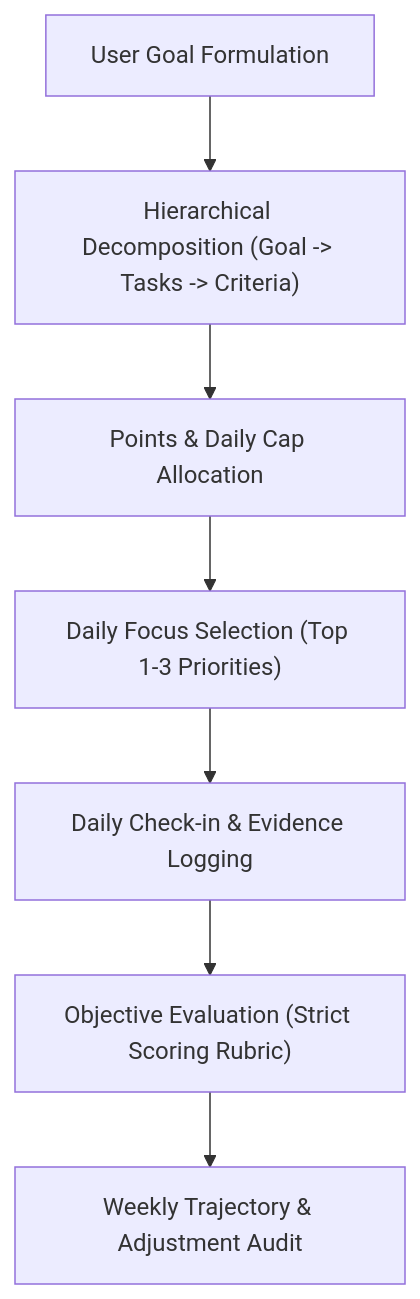
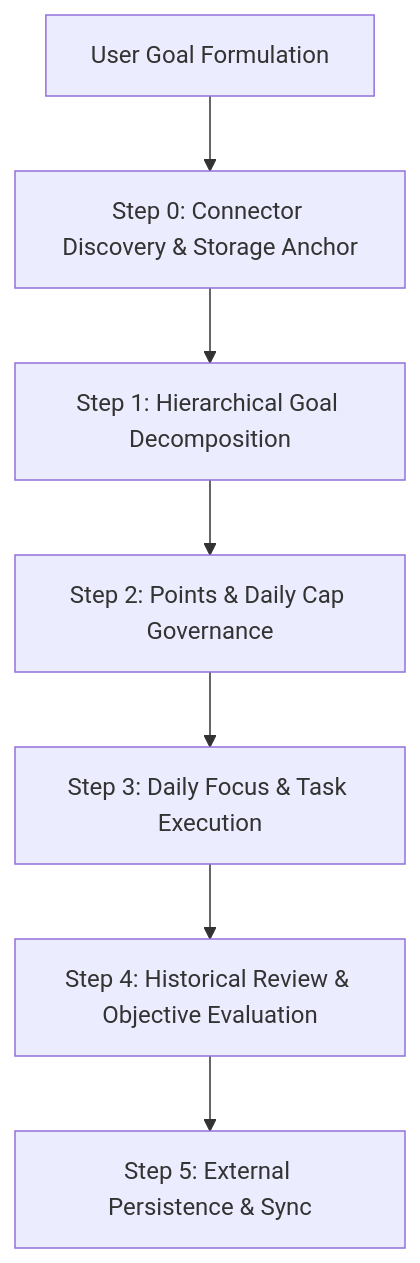
Before and after one commit to muntarazr/metrix: the diagram in skills/metrix-goal-engine/SKILL.md, drawn with Mermaid. The commit also changed other lines of this file and 4 other files, not shown here.

Commit message:
feat(skill): add persistent external storage adapters and connector discovery protocol

````diff
--- a/skills/metrix-goal-engine/SKILL.md
+++ b/skills/metrix-goal-engine/SKILL.md
@@ -29,9 +29,9 @@
 ```mermaid
 flowchart TD
-    A["User Goal Formulation"] --> B["Hierarchical Decomposition (Goal -> Tasks -> Criteria)"]
-    B --> C["Points & Daily Cap Allocation"]
-    C --> D["Daily Focus Selection (Top 1-3 Priorities)"]
-    D --> E["Daily Check-in & Evidence Logging"]
-    E --> F["Objective Evaluation (Strict Scoring Rubric)"]
-    F --> G["Weekly Trajectory & Adjustment Audit"]
+    A["User Goal Formulation"] --> B["Step 0: Connector Discovery & Storage Anchor"]
+    B --> C["Step 1: Hierarchical Goal Decomposition"]
+    C --> D["Step 2: Points & Daily Cap Governance"]
+    D --> E["Step 3: Daily Focus & Task Execution"]
+    E --> F["Step 4: Historical Review & Objective Evaluation"]
+    F --> G["Step 5: External Persistence & Sync"]
 ```
````
